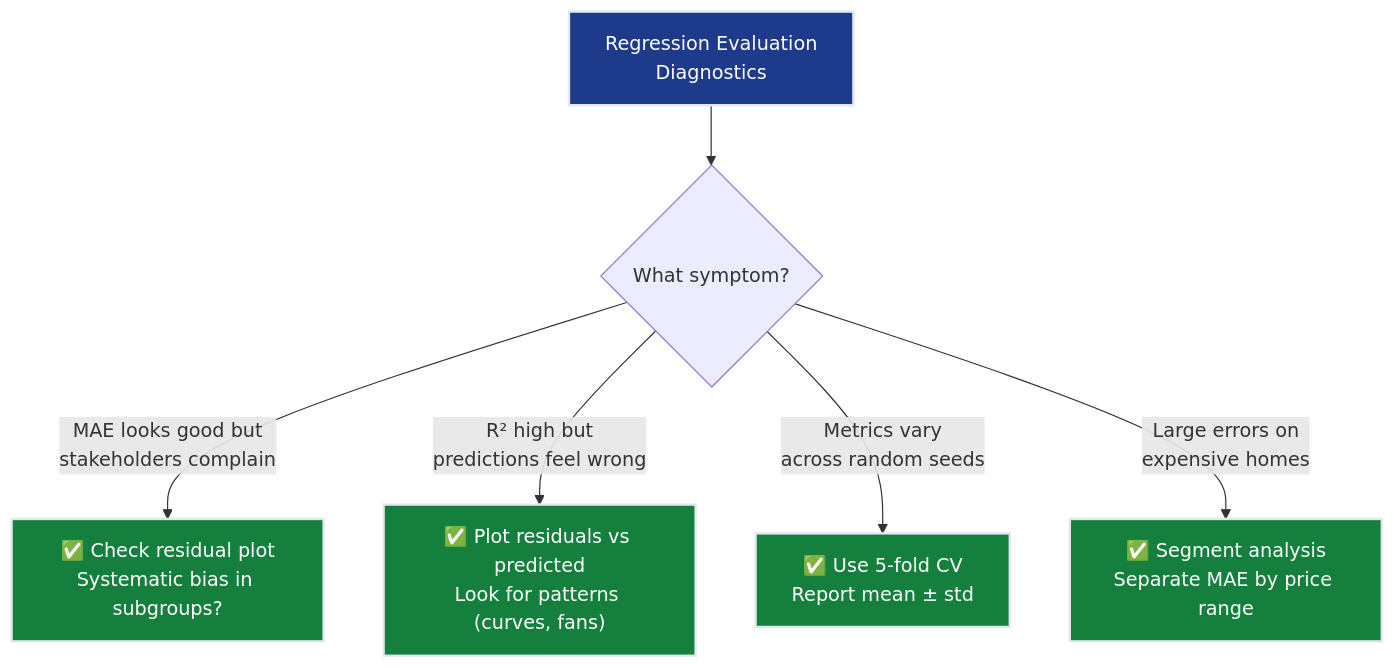
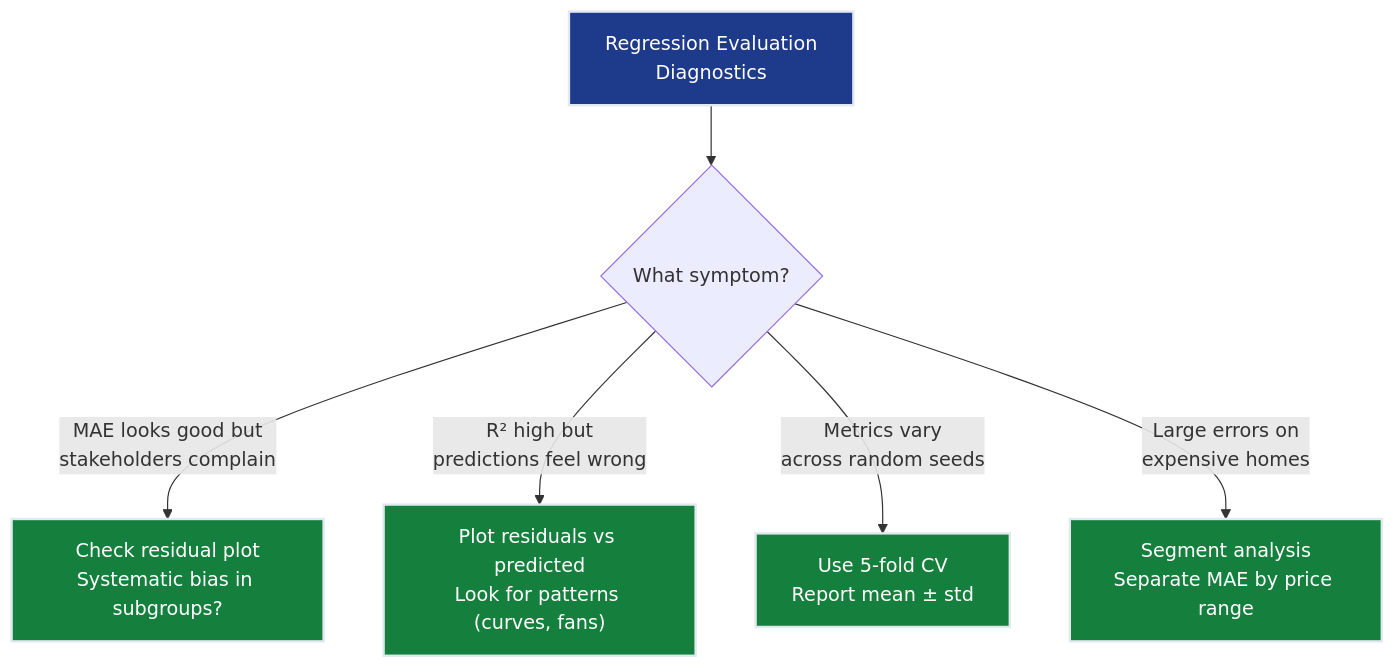
Before and after one commit to dsgouda7/ai-portfolio: the fifth of 6 diagrams in notes/01-ml/01-regression/ch06_metrics/README.md, drawn with Mermaid. The commit also changed other lines of this file and 179 other files, not shown here.

````diff
--- a/notes/01-ml/01-regression/ch06_metrics/README.md
+++ b/notes/01-ml/01-regression/ch06_metrics/README.md
@@ -596,15 +595,15 @@
 ```mermaid
 flowchart TD
-    DIAG["Regression Evaluation<br/>Diagnostics"] --> Q{"What symptom?"}
+ DIAG["Regression Evaluation<br/>Diagnostics"] --> Q{"What symptom?"}
 
-    Q -->|"MAE looks good but<br/>stakeholders complain"| FIX1["✅ Check residual plot<br/>Systematic bias in subgroups?"]
-    Q -->|"R² high but<br/>predictions feel wrong"| FIX2["✅ Plot residuals vs predicted<br/>Look for patterns (curves, fans)"]
-    Q -->|"Metrics vary<br/>across random seeds"| FIX3["✅ Use 5-fold CV<br/>Report mean ± std"]
-    Q -->|"Large errors on<br/>expensive homes"| FIX4["✅ Segment analysis<br/>Separate MAE by price range"]
+ Q -->|"MAE looks good but<br/>stakeholders complain"| FIX1[" Check residual plot<br/>Systematic bias in subgroups?"]
+ Q -->|"R² high but<br/>predictions feel wrong"| FIX2[" Plot residuals vs predicted<br/>Look for patterns (curves, fans)"]
+ Q -->|"Metrics vary<br/>across random seeds"| FIX3[" Use 5-fold CV<br/>Report mean ± std"]
+ Q -->|"Large errors on<br/>expensive homes"| FIX4[" Segment analysis<br/>Separate MAE by price range"]
 
-    style DIAG fill:#1e3a8a,stroke:#e2e8f0,stroke-width:2px,color:#ffffff
-    style FIX1 fill:#15803d,stroke:#e2e8f0,stroke-width:2px,color:#ffffff
-    style FIX2 fill:#15803d,stroke:#e2e8f0,stroke-width:2px,color:#ffffff
-    style FIX3 fill:#15803d,stroke:#e2e8f0,stroke-width:2px,color:#ffffff
-    style FIX4 fill:#15803d,stroke:#e2e8f0,stroke-width:2px,color:#ffffff
+ style DIAG fill:#1e3a8a,stroke:#e2e8f0,stroke-width:2px,color:#ffffff
+ style FIX1 fill:#15803d,stroke:#e2e8f0,stroke-width:2px,color:#ffffff
+ style FIX2 fill:#15803d,stroke:#e2e8f0,stroke-width:2px,color:#ffffff
+ style FIX3 fill:#15803d,stroke:#e2e8f0,stroke-width:2px,color:#ffffff
+ style FIX4 fill:#15803d,stroke:#e2e8f0,stroke-width:2px,color:#ffffff
 ```
````
